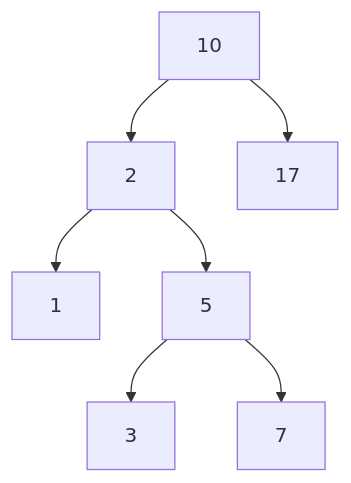
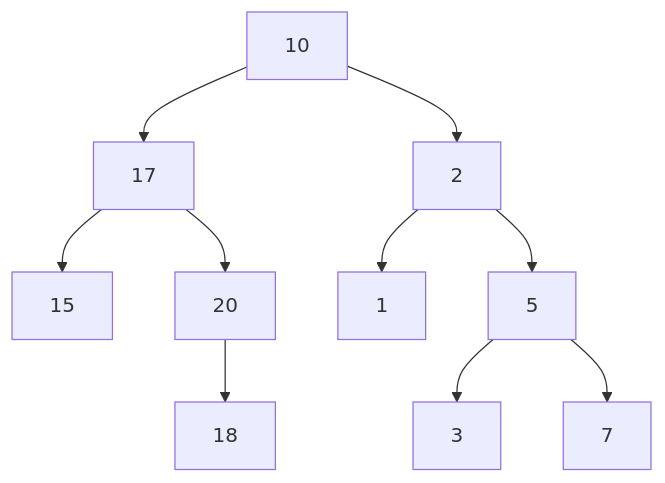
One commit to vanessacezarn/3_Semestre changed the diagram in Estrutura de Dados/aula_15 06.06 - arvore/aula.md. Above: the diagram before and after it, drawn with Mermaid.

````diff
--- a/Estrutura de Dados/aula_15 06.06 - arvore/aula.md
+++ b/Estrutura de Dados/aula_15 06.06 - arvore/aula.md
@@ -7,11 +7,14 @@
  ```mermaid
 graph TD;
     10-->17;
     10-->2;
     2-->1;
     2-->5;
     5-->3;
-    5-->7
+    5-->7;
+    17-->15;
+    17-->20;
+    20-->18;
     
     
 ```
````
